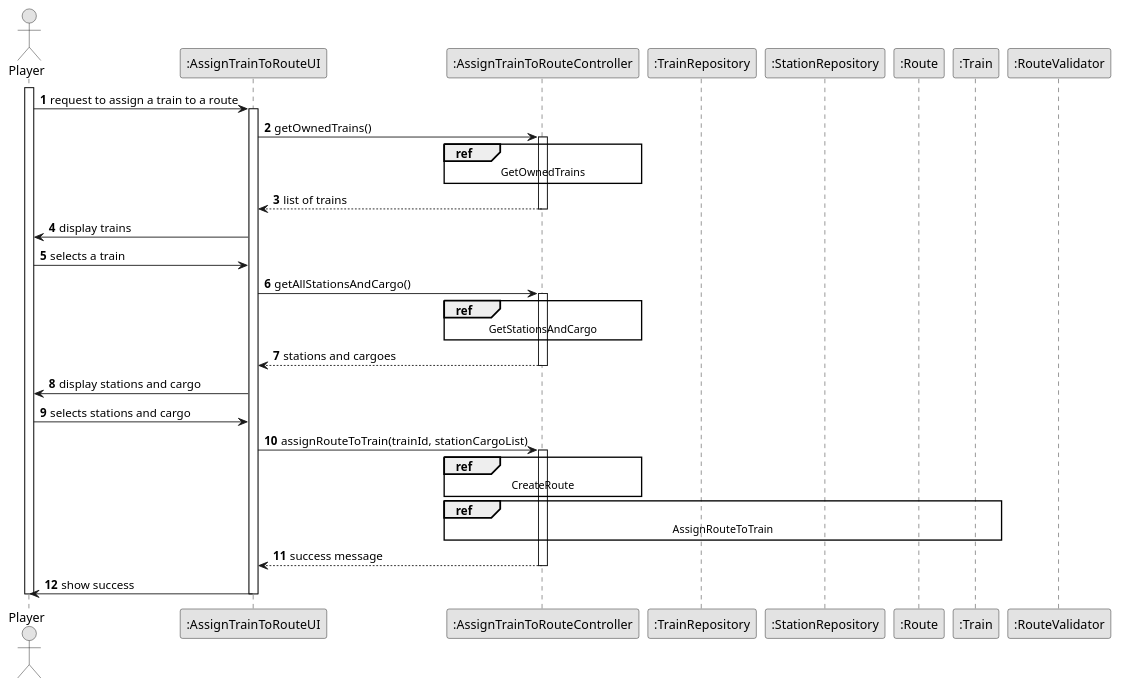
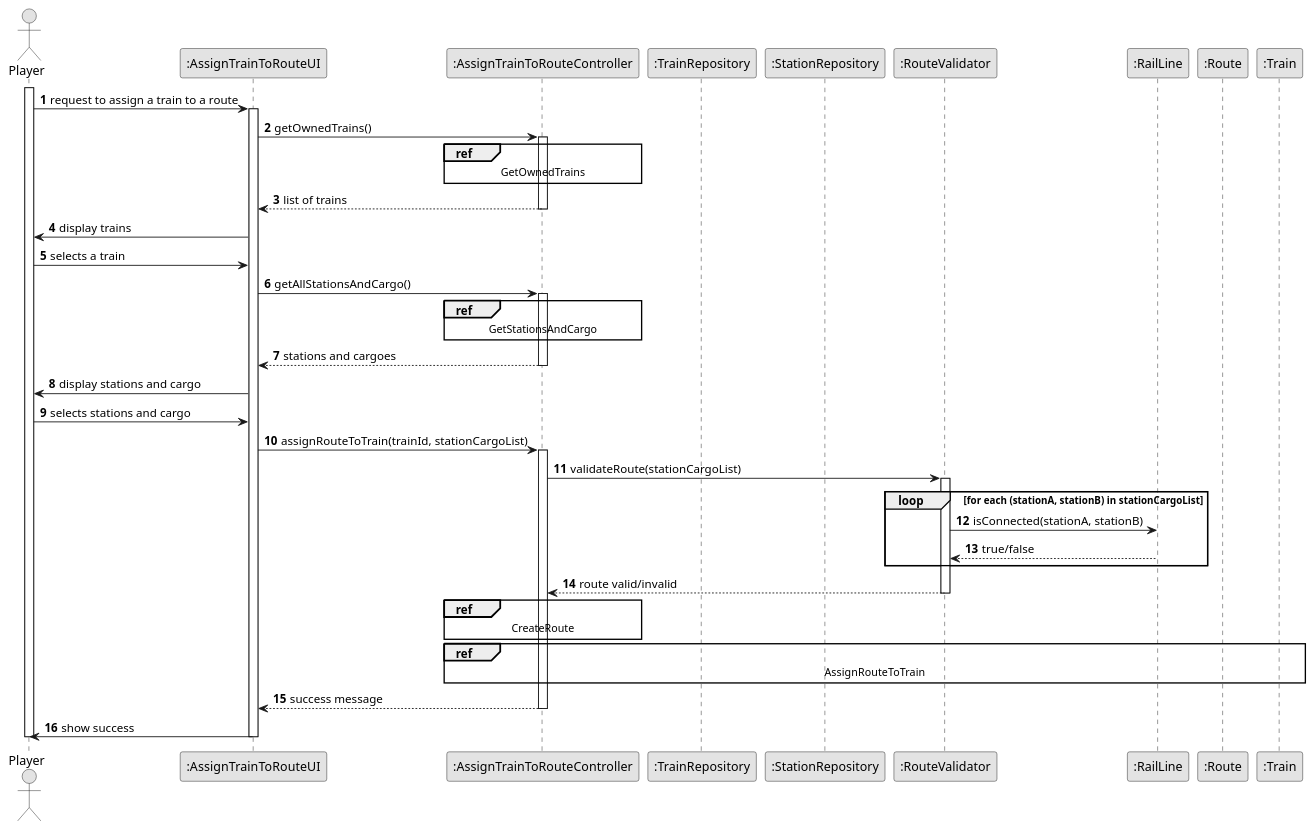
Before and after one commit to 1240826/empire-on-tracks: the diagram in docs/system-documentation/US010/03.design/puml/US010-SD-split.puml, drawn with PlantUML. The commit also changed 10 other files, not shown here.

```diff
--- a/docs/system-documentation/US010/03.design/puml/US010-SD-split.puml
+++ b/docs/system-documentation/US010/03.design/puml/US010-SD-split.puml
@@ -1,64 +1,78 @@
 @startuml
 skinparam monochrome true
 skinparam packageStyle rectangle
 skinparam shadowing false
 
 autonumber
 
 actor Player
 participant ":AssignTrainToRouteUI" as UI
 participant ":AssignTrainToRouteController" as Controller
 participant ":TrainRepository" as TrainRepo
 participant ":StationRepository" as StationRepo
+participant ":RouteValidator" as RouteValidator
+participant ":RailLine" as RailLine
 participant ":Route" as Route
 participant ":Train" as Train
-participant ":RouteValidator" as Validator
 
 activate Player
 Player -> UI : request to assign a train to a route
 activate UI
 
 UI -> Controller : getOwnedTrains()
 activate Controller
 
 ref over Controller
     GetOwnedTrains
 end ref
 
 Controller --> UI : list of trains
 deactivate Controller
 
 UI -> Player : display trains
 Player -> UI : selects a train
 
 UI -> Controller : getAllStationsAndCargo()
 activate Controller
 
 ref over Controller
     GetStationsAndCargo
 end ref
 
 Controller --> UI : stations and cargoes
 deactivate Controller
 
 UI -> Player : display stations and cargo
 Player -> UI : selects stations and cargo
 
 UI -> Controller : assignRouteToTrain(trainId, stationCargoList)
 activate Controller
 
+Controller -> RouteValidator : validateRoute(stationCargoList)
+activate RouteValidator
+
+loop for each (stationA, stationB) in stationCargoList
+    RouteValidator -> RailLine : isConnected(stationA, stationB)
+    RailLine --> RouteValidator : true/false
+end
+
+RouteValidator --> Controller : route valid/invalid
+deactivate RouteValidator
+'==== End validation logic ====
+
+'==== Now, the actual creation of the route is a high-level ref block ====
 ref over Controller
     CreateRoute
 end ref
 
 ref over Controller, TrainRepo, Train
     AssignRouteToTrain
 end ref
 
 Controller --> UI : success message
 deactivate Controller
 UI -> Player : show success
 
 deactivate UI
 deactivate Player
 @enduml
```
